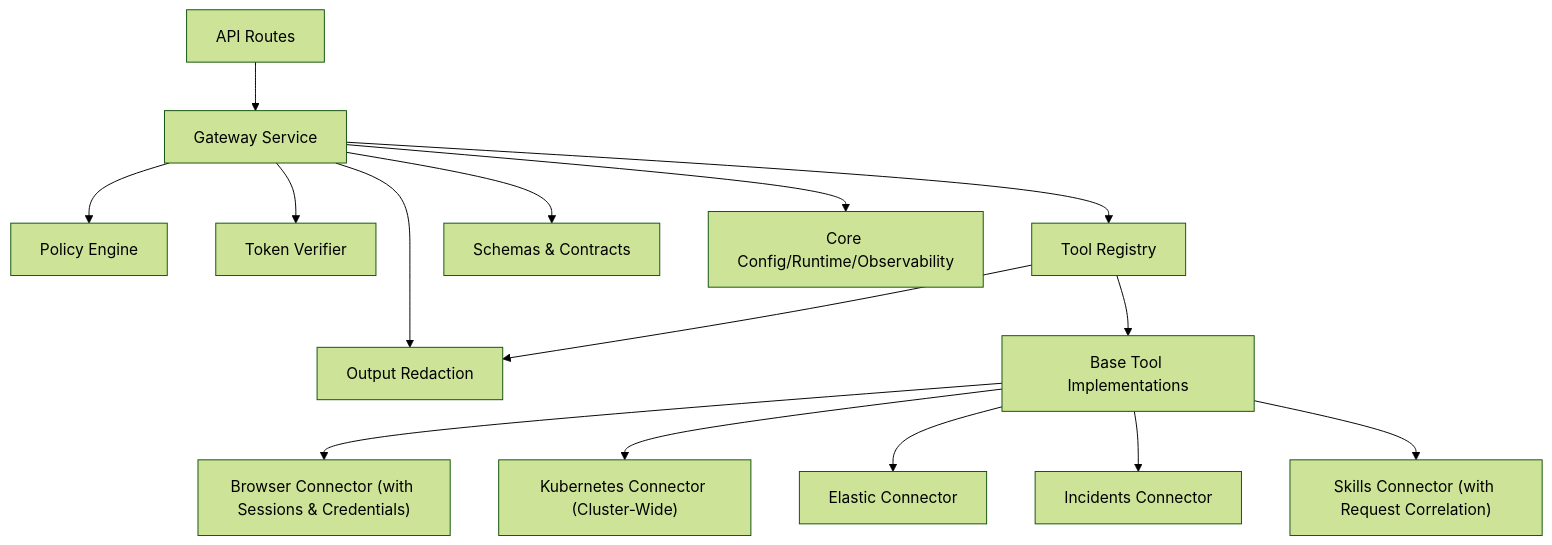
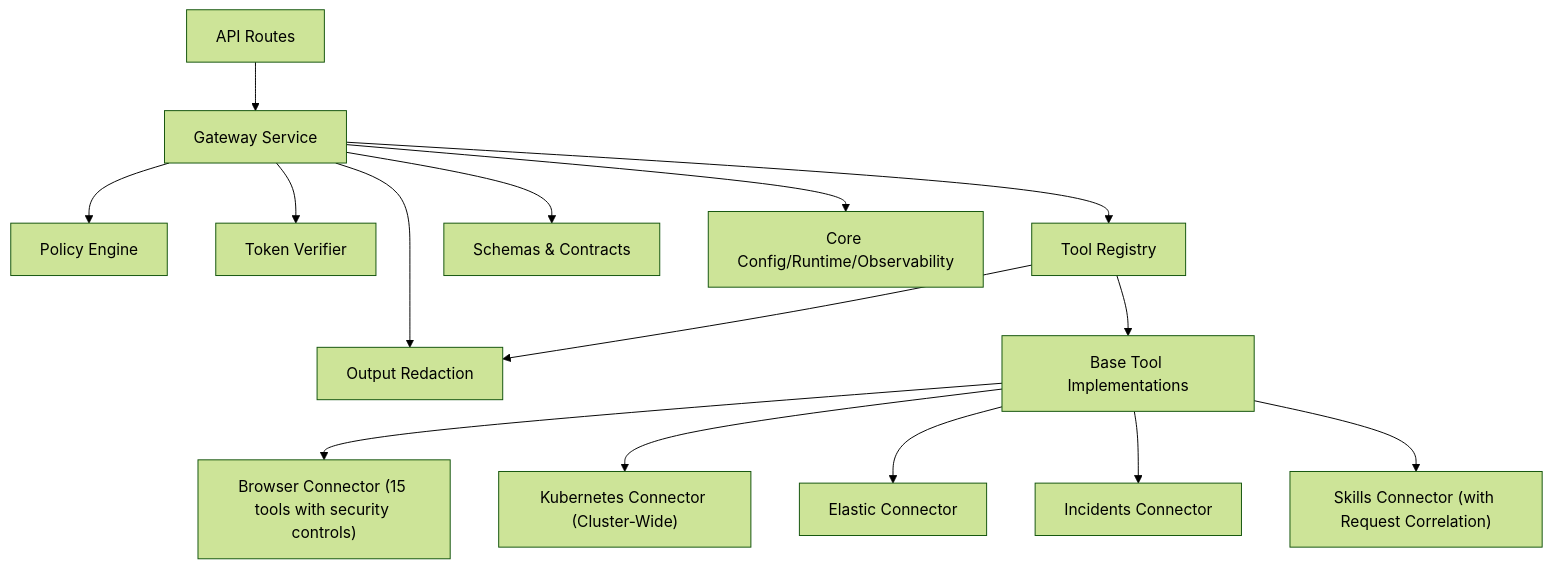
Before and after one commit to metasync/luban-aiops: diagram 14 of 14 in .qoder/repowiki/en/content/Tool Gateway Service/Tool Gateway Service.md, drawn with Mermaid (forest theme). The commit also changed other lines of this file and 109 other files, not shown here.

````diff
--- a/.qoder/repowiki/en/content/Tool Gateway Service/Tool Gateway Service.md
+++ b/.qoder/repowiki/en/content/Tool Gateway Service/Tool Gateway Service.md
@@ -852,17 +875,17 @@
 ```mermaid
 graph TB
 Routes["API Routes"] --> Services["Gateway Service"]
 Services --> Policy["Policy Engine"]
 Services --> Token["Token Verifier"]
 Services --> Registry["Tool Registry"]
 Services --> Redaction["Output Redaction"]
 Registry --> Tools["Base Tool Implementations"]
 Registry --> Redaction
-Tools --> Browser["Browser Connector (with Sessions & Credentials)"]
+Tools --> Browser["Browser Connector (15 tools with security controls)"]
 Tools --> K8s["Kubernetes Connector (Cluster-Wide)"]
 Tools --> Elastic["Elastic Connector"]
 Tools --> Incidents["Incidents Connector"]
 Tools --> Skills["Skills Connector (with Request Correlation)"]
 Services --> Schemas["Schemas & Contracts"]
 Services --> Core["Core Config/Runtime/Observability"]
 ```
````
